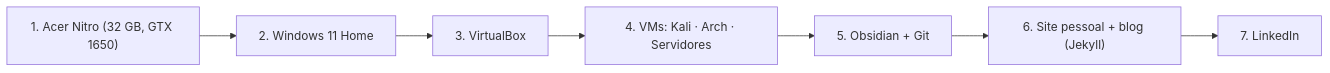
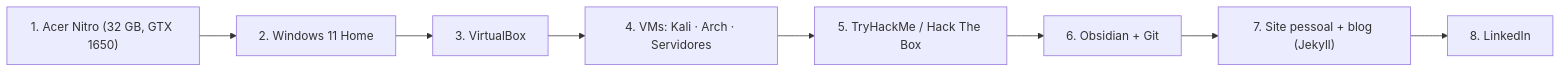
The sixth of 13 diagrams in docs/fluxos.md (AlanMateus17/dev-setup), drawn with Mermaid before and after one commit. The commit also changed other lines of this file and 38 other files, not shown here.

````diff
--- a/docs/fluxos.md
+++ b/docs/fluxos.md
@@ -171,16 +168,18 @@
 ```mermaid
 flowchart LR
   s0["1. Acer Nitro (32 GB, GTX 1650)"]
   s1["2. Windows 11 Home"]
   s2["3. VirtualBox"]
   s3["4. VMs: Kali · Arch · Servidores"]
-  s4["5. Obsidian + Git"]
-  s5["6. Site pessoal + blog (Jekyll)"]
-  s6["7. LinkedIn"]
+  s4["5. TryHackMe / Hack The Box"]
+  s5["6. Obsidian + Git"]
+  s6["7. Site pessoal + blog (Jekyll)"]
+  s7["8. LinkedIn"]
   s0 --> s1
   s1 --> s2
   s2 --> s3
   s3 --> s4
   s4 --> s5
   s5 --> s6
+  s6 --> s7
 ```
````
